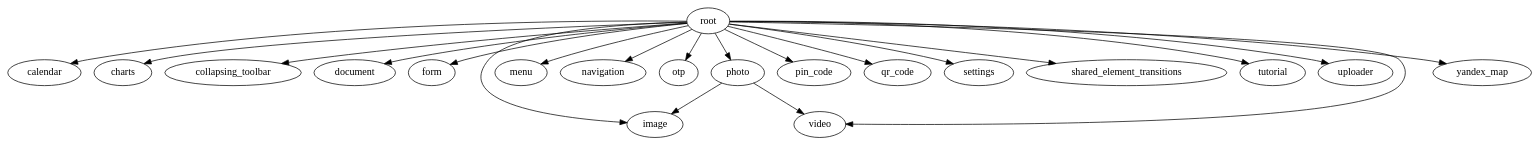
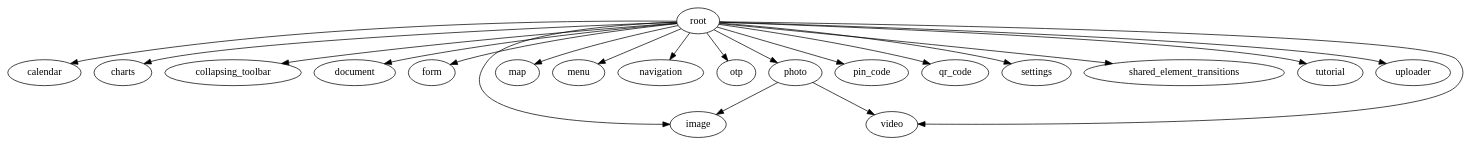
One commit to VitalyPerm/MobileUp-Android-Samples changed the diagram in features/module_graph/modules.dot. Above: the diagram before and after it, drawn with Graphviz. The commit also changed 19 other files, not shown here.

```diff
--- a/features/module_graph/modules.dot
+++ b/features/module_graph/modules.dot
@@ -1,41 +1,41 @@
 digraph {
 calendar
 charts
 collapsing_toolbar
 document
 form
 image
+map
 menu
 navigation
 otp
 photo
 pin_code
 qr_code
 root
 settings
 shared_element_transitions
 tutorial
 uploader
 video
-yandex_map
 photo -> image
 photo -> video
 root -> calendar
 root -> charts
 root -> collapsing_toolbar
 root -> document
 root -> form
 root -> image
+root -> map
 root -> menu
 root -> navigation
 root -> otp
 root -> photo
 root -> pin_code
 root -> qr_code
 root -> settings
 root -> shared_element_transitions
 root -> tutorial
 root -> uploader
 root -> video
-root -> yandex_map
 }
```
